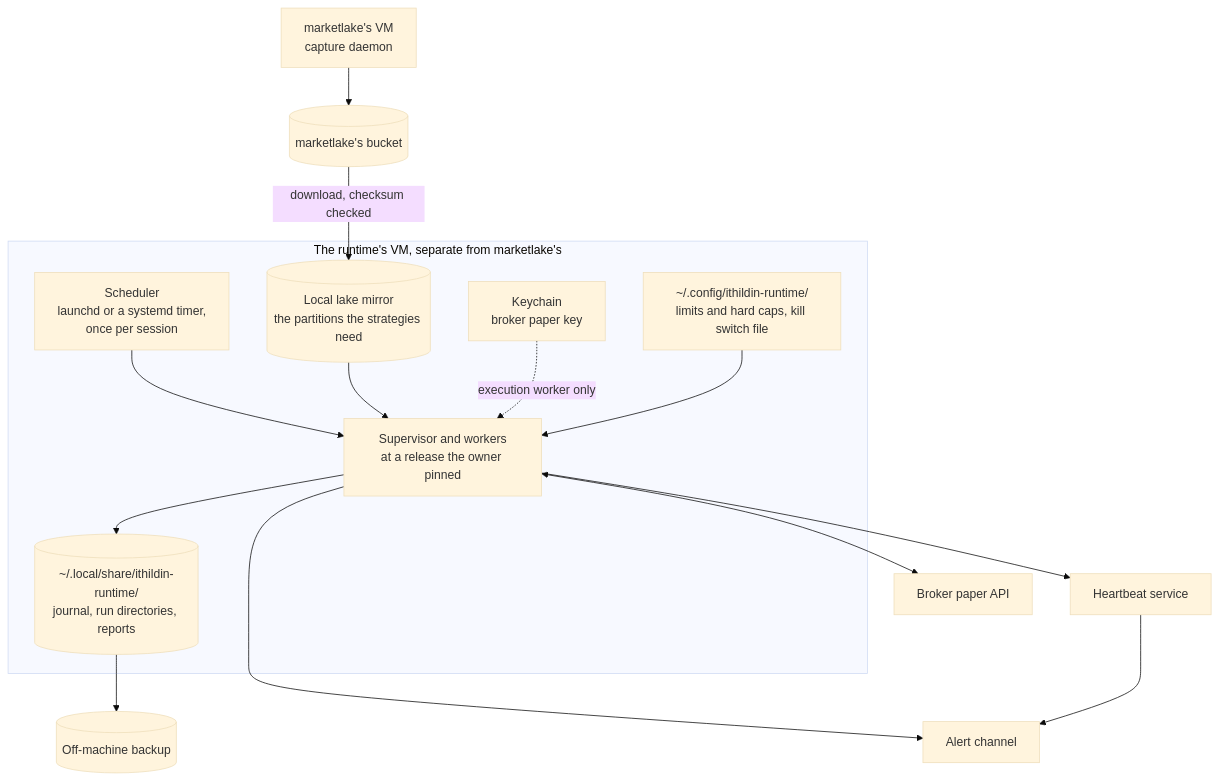
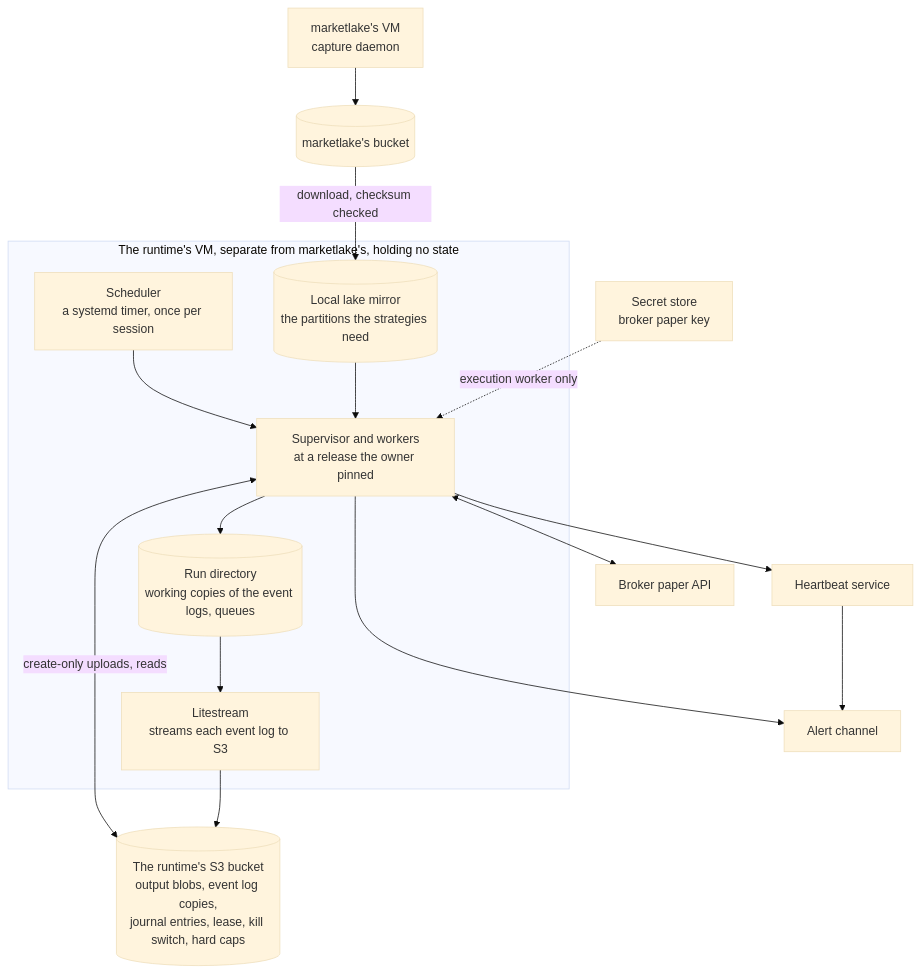
One commit to l3a0/ithildin-runtime changed diagram 15 of 16 in docs/architecture.md. Above: the diagram before and after it, drawn with Mermaid (base theme). The commit also changed other lines of this file and 1 other file, not shown here.

First line of the commit message:
docs(design): keep the VM stateless, with files as blobs in S3

````diff
--- a/docs/architecture.md
+++ b/docs/architecture.md
@@ -1402,30 +1406,31 @@
 ```mermaid
 flowchart TB
-    subgraph host["The runtime's VM, separate from marketlake's"]
-        timer["Scheduler<br/>launchd or a systemd timer,<br/>once per session"]
+    subgraph host["The runtime's VM, separate from marketlake's, holding no state"]
+        timer["Scheduler<br/>a systemd timer, once per session"]
         run["Supervisor and workers<br/>at a release the owner pinned"]
-        keychain["Keychain<br/>broker paper key"]
-        cfg["~/.config/ithildin-runtime/<br/>limits and hard caps, kill switch file"]
-        store[("~/.local/share/ithildin-runtime/<br/>journal, run directories, reports")]
+        work[("Run directory<br/>working copies of the event logs, queues")]
+        litestream["Litestream<br/>streams each event log to S3"]
         mirror[("Local lake mirror<br/>the partitions the strategies need")]
         timer --> run
+        run --> work
+        work --> litestream
         mirror --> run
-        keychain -. "execution worker only" .-> run
-        cfg --> run
-        run --> store
     end
     mlvm["marketlake's VM<br/>capture daemon"]
     lake[("marketlake's bucket")]
+    bucket[("The runtime's S3 bucket<br/>output blobs, event log copies,<br/>journal entries, lease, kill switch, hard caps")]
+    secrets["Secret store<br/>broker paper key"]
     broker["Broker paper API"]
-    backup[("Off-machine backup")]
     beat["Heartbeat service"]
     alerts["Alert channel"]
 
     mlvm --> lake
     lake -->|"download, checksum checked"| mirror
+    run <-->|"create-only uploads, reads"| bucket
+    litestream --> bucket
+    secrets -. "execution worker only" .-> run
     run <--> broker
-    store --> backup
     run --> beat
     run --> alerts
     beat --> alerts
 ```
````
